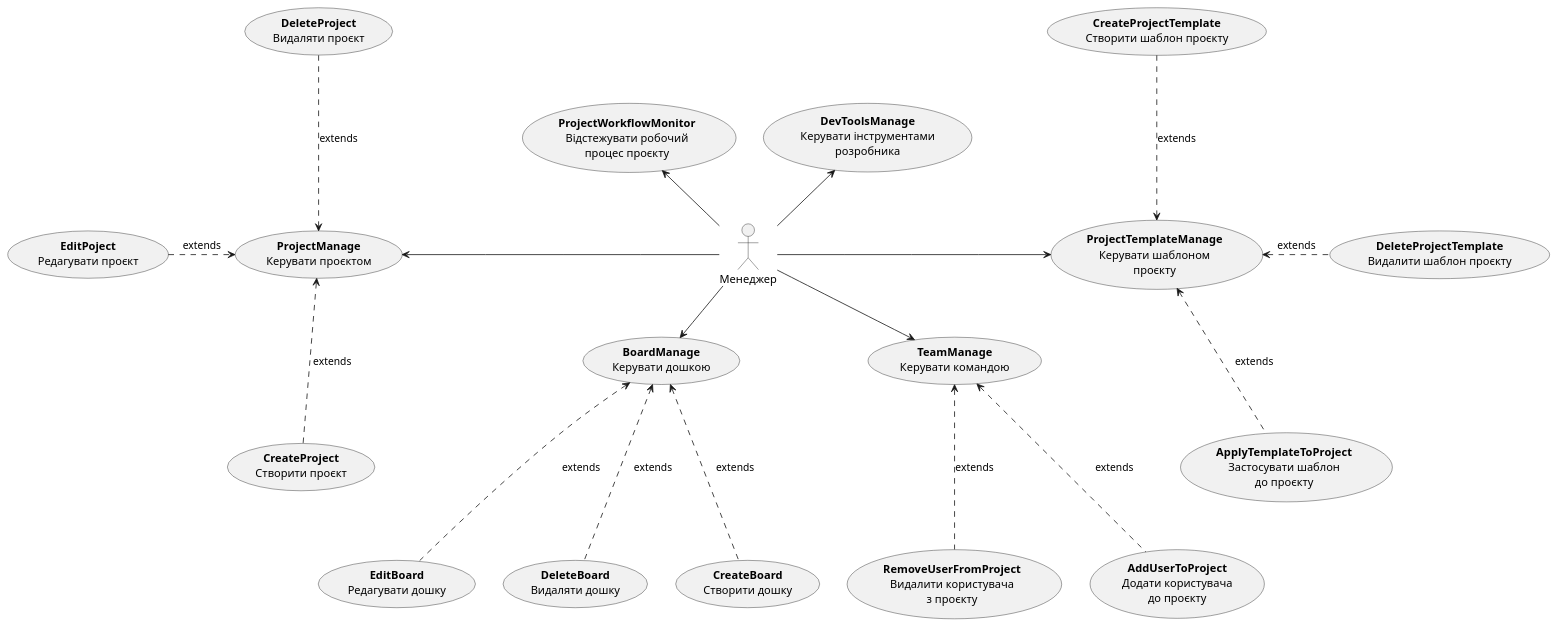
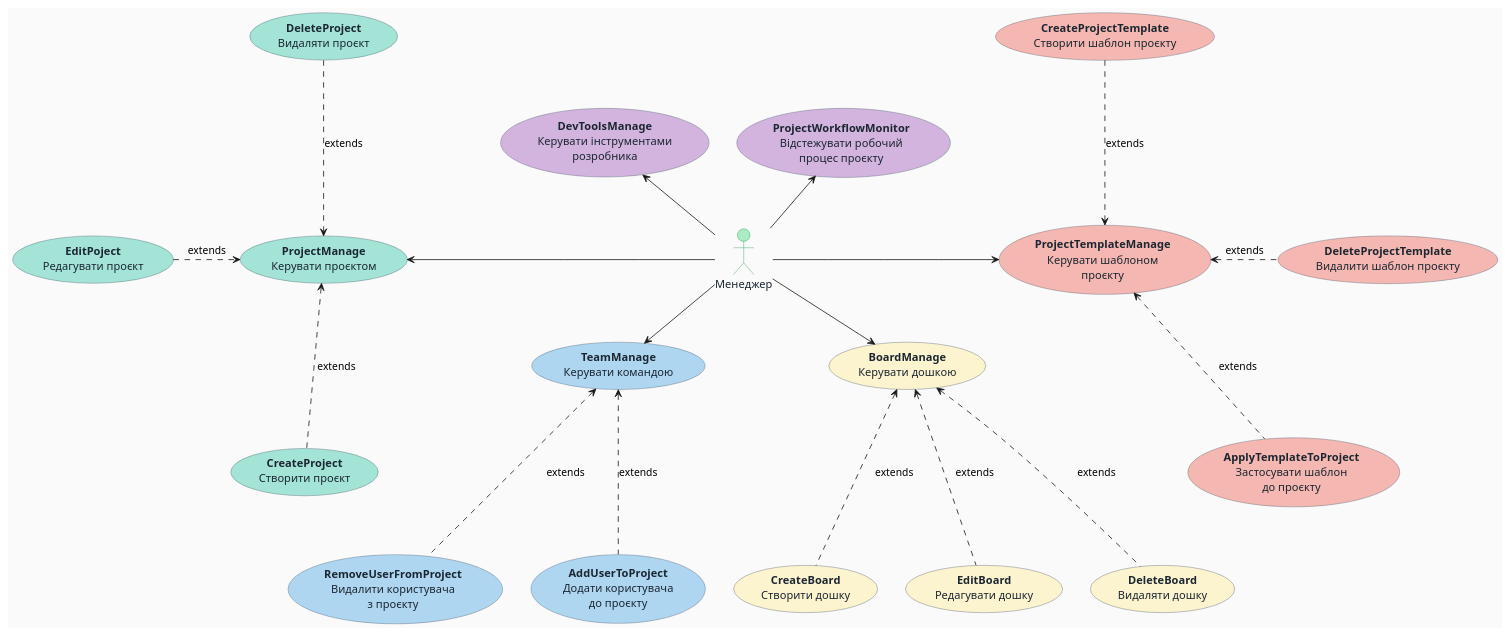
Before and after one commit to young-creator-ftf/edu_db_labs: the third of 29 diagrams in docs/use cases/README.md, drawn with PlantUML. The commit also changed other lines of this file, not shown here.

```diff
--- a/docs/use cases/README.md
+++ b/docs/use cases/README.md
@@ -115,47 +157,74 @@
 @startuml
-  actor "Менеджер" as Manager
+' === Загальні налаштування стилю ===
+skinparam backgroundColor #FAFAFA
+skinparam RoundCorner 12
+skinparam shadowing false
 
-  usecase "<b>ProjectManage</b>\nКерувати проєктом" as ProjectManage
-  usecase "<b>CreateProject</b>\nСтворити проєкт" as CreateProject
-  usecase "<b>EditPoject</b>\nРедагувати проєкт" as EditPoject
-  usecase "<b>DeleteProject</b>\nВидаляти проєкт" as DeleteProject
+skinparam actor {
+  BackgroundColor #ABEBC6
+  BorderColor #229954
+  FontColor #1B2631
+}
 
-  usecase "<b>TeamManage</b>\nКерувати командою" as TeamManage
-  usecase "<b>AddUserToProject</b>\nДодати користувача\nдо проєкту" as AddUserToProject
-  usecase "<b>RemoveUserFromProject</b>\nВидалити користувача\nз проєкту" as RemoveUserFromProject
+skinparam usecase {
+  BorderColor #566573
+  FontColor #1B2631
+}
 
-  usecase "<b>BoardManage</b>\nКерувати дошкою" as BoardManage
-  usecase "<b>CreateBoard</b>\nСтворити дошку" as CreateBoard
-  usecase "<b>EditBoard</b>\nРедагувати дошку" as EditBoard
-  usecase "<b>DeleteBoard</b>\nВидаляти дошку" as DeleteBoard
+' === Актор ===
+actor "Менеджер" as Manager
 
-  usecase "<b>ProjectTemplateManage</b>\nКерувати шаблоном\nпроєкту" as ProjectTemplateManage
-  usecase "<b>CreateProjectTemplate</b>\nСтворити шаблон проєкту" as CreateProjectTemplate
-  usecase "<b>ApplyTemplateToProject</b>\nЗастосувати шаблон\nдо проєкту" as ApplyTemplateToProject
-  usecase "<b>DeleteProjectTemplate</b>\nВидалити шаблон проєкту" as DeleteProjectTemplate
+' === Управління проєктом ===
+usecase "<b>ProjectManage</b>\nКерувати проєктом" as ProjectManage #A3E4D7
+usecase "<b>CreateProject</b>\nСтворити проєкт" as CreateProject #A3E4D7
+usecase "<b>EditPoject</b>\nРедагувати проєкт" as EditPoject #A3E4D7
+usecase "<b>DeleteProject</b>\nВидаляти проєкт" as DeleteProject #A3E4D7
 
-  usecase "<b>ProjectWorkflowMonitor</b>\nВідстежувати робочий\nпроцес проєкту" as ProjectWorkflowMonitor
-  usecase "<b>DevToolsManage</b>\nКерувати інструментами\nрозробника" as DevToolsManage
+' === Управління командою ===
+usecase "<b>TeamManage</b>\nКерувати командою" as TeamManage #AED6F1
+usecase "<b>AddUserToProject</b>\nДодати користувача\nдо проєкту" as AddUserToProject #AED6F1
+usecase "<b>RemoveUserFromProject</b>\nВидалити користувача\nз проєкту" as RemoveUserFromProject #AED6F1
 
-  Manager -l-> ProjectManage
-  Manager -d-> TeamManage
-  Manager -u-> DevToolsManage
-  Manager -u-> ProjectWorkflowMonitor
-  Manager -r-> ProjectTemplateManage
-  Manager -d-> BoardManage
+' === Управління дошкою ===
+usecase "<b>BoardManage</b>\nКерувати дошкою" as BoardManage #FCF3CF
+usecase "<b>CreateBoard</b>\nСтворити дошку" as CreateBoard #FCF3CF
+usecase "<b>EditBoard</b>\nРедагувати дошку" as EditBoard #FCF3CF
+usecase "<b>DeleteBoard</b>\nВидаляти дошку" as DeleteBoard #FCF3CF
 
-  CreateProject ..u.> ProjectManage :extends
-  EditPoject .r.> ProjectManage :extends
-  DeleteProject ..d.> ProjectManage :extends
+' === Шаблони проєктів ===
+usecase "<b>ProjectTemplateManage</b>\nКерувати шаблоном\nпроєкту" as ProjectTemplateManage #F5B7B1
+usecase "<b>CreateProjectTemplate</b>\nСтворити шаблон проєкту" as CreateProjectTemplate #F5B7B1
+usecase "<b>ApplyTemplateToProject</b>\nЗастосувати шаблон\nдо проєкту" as ApplyTemplateToProject #F5B7B1
+usecase "<b>DeleteProjectTemplate</b>\nВидалити шаблон проєкту" as DeleteProjectTemplate #F5B7B1
 
-  AddUserToProject ..u.> TeamManage :extends
-  RemoveUserFromProject ..u.> TeamManage :extends
+' === Моніторинг і інструменти ===
+usecase "<b>ProjectWorkflowMonitor</b>\nВідстежувати робочий\nпроцес проєкту" as ProjectWorkflowMonitor #D2B4DE
+usecase "<b>DevToolsManage</b>\nКерувати інструментами\nрозробника" as DevToolsManage #D2B4DE
 
-  CreateProjectTemplate ..d.> ProjectTemplateManage :extends
-  ApplyTemplateToProject ..u.> ProjectTemplateManage :extends
-  DeleteProjectTemplate .l.> ProjectTemplateManage :extends
+' === Зв'язки актора з use-case-ами ===
+Manager -l-> ProjectManage
+Manager -d-> TeamManage
+Manager -d-> BoardManage
+Manager -r-> ProjectTemplateManage
+Manager -u-> DevToolsManage
+Manager -u-> ProjectWorkflowMonitor
 
-  CreateBoard ..u.> BoardManage :extends
-  EditBoard ..u.> BoardManage :extends
-  DeleteBoard ..u.> BoardManage :extends
+' === Розширення сцен для ProjectManage ===
+CreateProject   ..u.> ProjectManage :extends
+EditPoject      ..r.> ProjectManage :extends
+DeleteProject  ..d.> ProjectManage :extends
+
+' === Розширення сцен для TeamManage ===
+AddUserToProject        ..u.> TeamManage :extends
+RemoveUserFromProject   ..u.> TeamManage :extends
+
+' === Розширення сцен для BoardManage ===
+CreateBoard   ..u.> BoardManage :extends
+EditBoard     ..u.> BoardManage :extends
+DeleteBoard   ..u.> BoardManage :extends
+
+' === Розширення сцен для ProjectTemplateManage ===
+CreateProjectTemplate    ..d.> ProjectTemplateManage :extends
+ApplyTemplateToProject   ..u.> ProjectTemplateManage :extends
+DeleteProjectTemplate    ..l.> ProjectTemplateManage :extends
 @enduml
```
